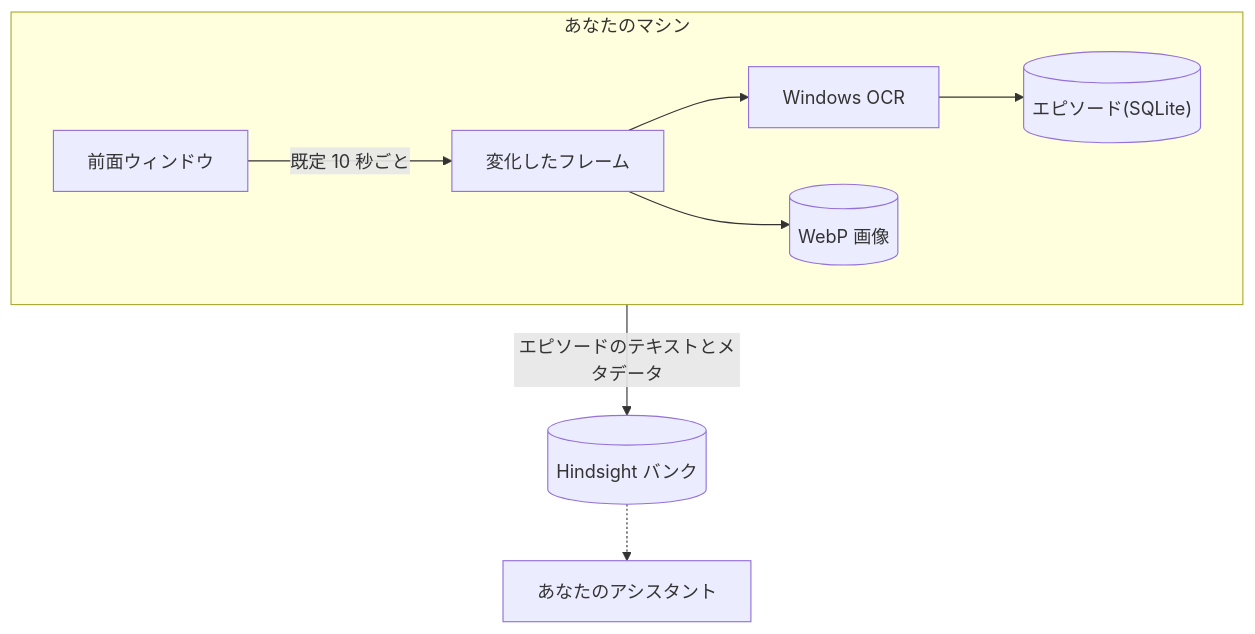
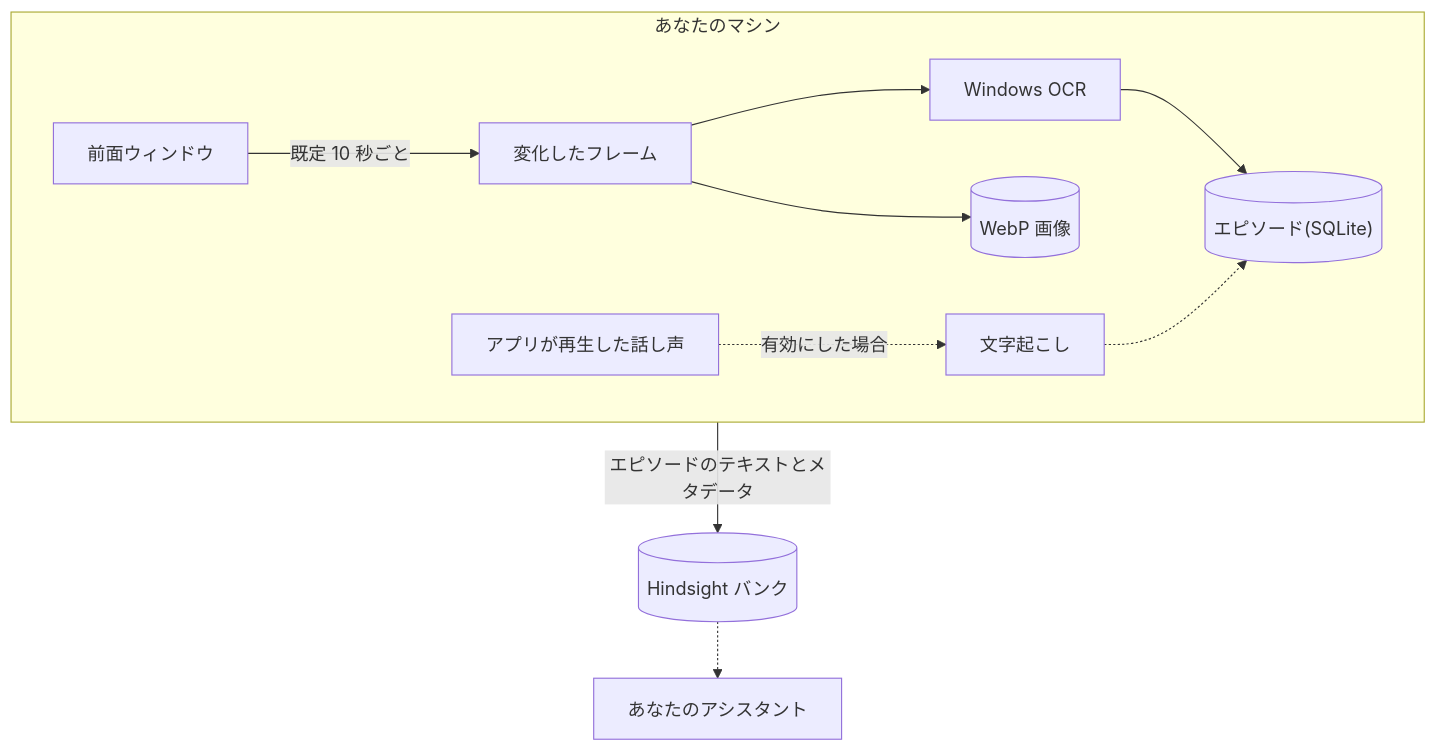
The diagram in README.ja.md (Skyzi000/contextwitness), drawn with Mermaid before and after one commit. The commit also changed other lines of this file and 1 other file, not shown here.

````diff
--- a/README.ja.md
+++ b/README.ja.md
@@ -18,11 +18,12 @@
 ```mermaid
 flowchart TB
     subgraph local["あなたのマシン"]
         direction LR
         window["前面ウィンドウ"] -->|"既定 10 秒ごと"| frames["変化したフレーム"]
         frames --> ocr["Windows OCR"] --> episodes[("エピソード(SQLite)")]
         frames --> images[("WebP 画像")]
+        speech["アプリが再生した話し声"] -.->|"有効にした場合"| stt["文字起こし"] -.-> episodes
     end
     local -->|"エピソードのテキストとメタデータ"| bank[("Hindsight バンク")]
     bank -.-> assistant["あなたのアシスタント"]
 ```
````
